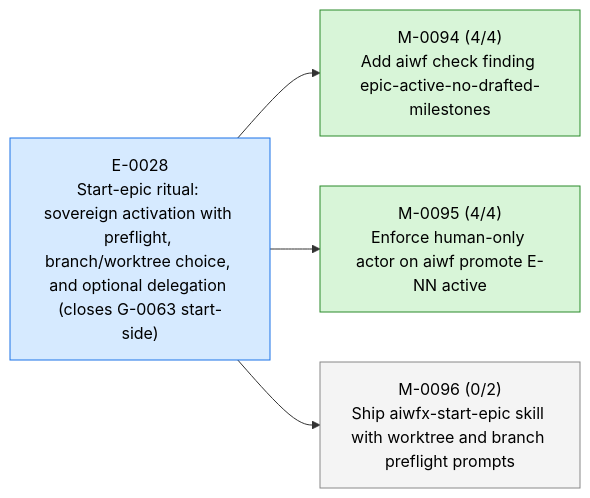
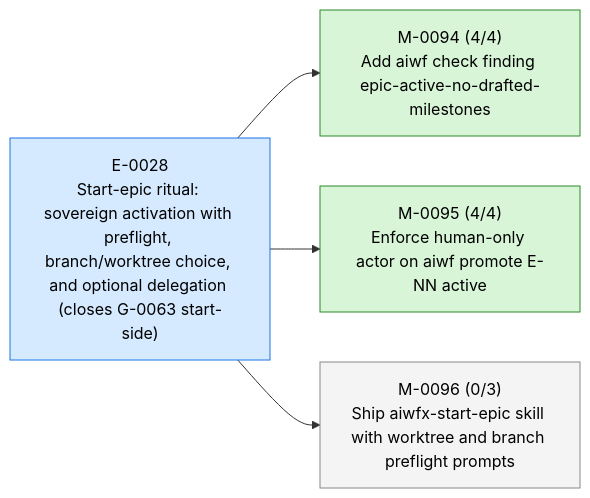
One commit to 23min/aiwf changed the first of 3 diagrams in STATUS.md. Above: the diagram before and after it, drawn with Mermaid. The commit also changed other lines of this file and 1 other file, not shown here.

````diff
--- a/STATUS.md
+++ b/STATUS.md
@@ -15,16 +15,16 @@
 ```mermaid
 flowchart LR
   E_0028["E-0028<br/>Start-epic ritual: sovereign activation with preflight, branch/worktree choice, and optional delegation (closes G-0063 start-side)"]:::epic_active
   M_0094["M-0094 (4/4)<br/>Add aiwf check finding epic-active-no-drafted-milestones"]:::ms_done
   E_0028 --> M_0094
   M_0095["M-0095 (4/4)<br/>Enforce human-only actor on aiwf promote E-NN active"]:::ms_done
   E_0028 --> M_0095
-  M_0096["M-0096 (0/2)<br/>Ship aiwfx-start-epic skill with worktree and branch preflight prompts"]:::ms_draft
+  M_0096["M-0096 (0/3)<br/>Ship aiwfx-start-epic skill with worktree and branch preflight prompts"]:::ms_draft
   E_0028 --> M_0096
   classDef epic_active fill:#d6eaff,stroke:#1a73e8,color:#000
   classDef epic_proposed fill:#f4f4f4,stroke:#888,color:#000
   classDef ms_done fill:#d8f5d8,stroke:#2a8a2a,color:#000
   classDef ms_in_progress fill:#fff3c4,stroke:#caa400,color:#000
   classDef ms_draft fill:#f4f4f4,stroke:#888,color:#000
   classDef ms_cancelled fill:#fbeaea,stroke:#c33,color:#000
 ```
````
